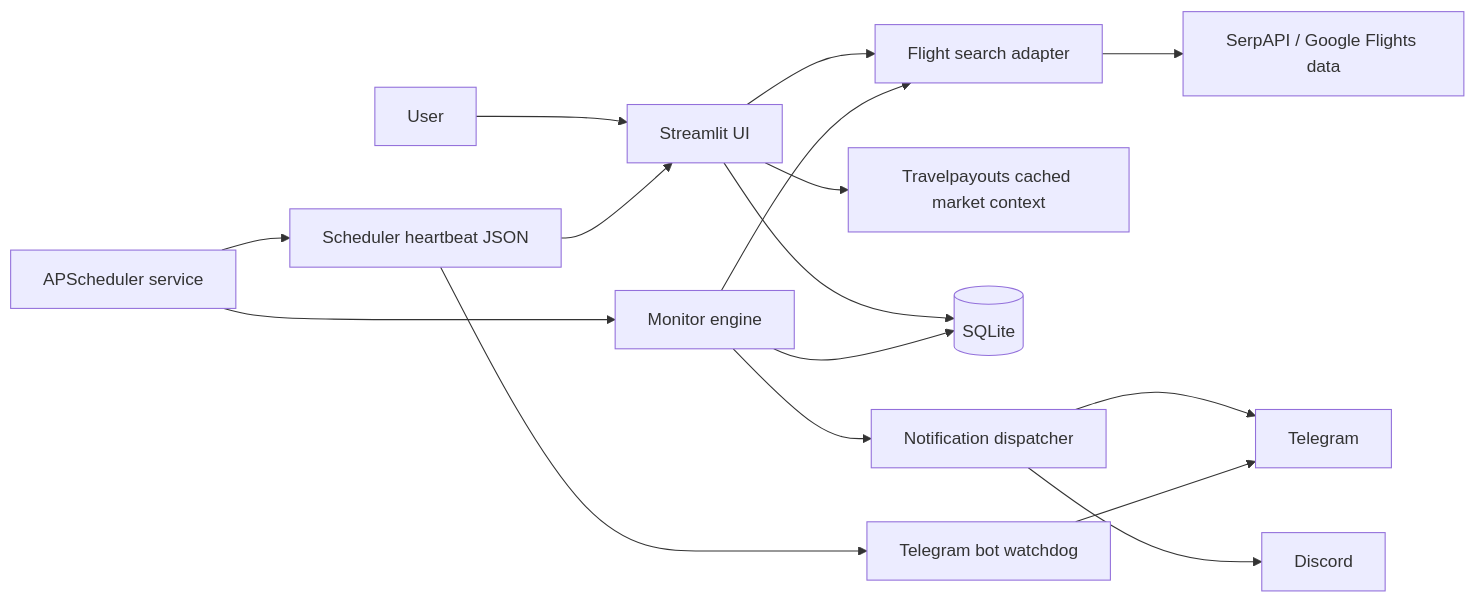
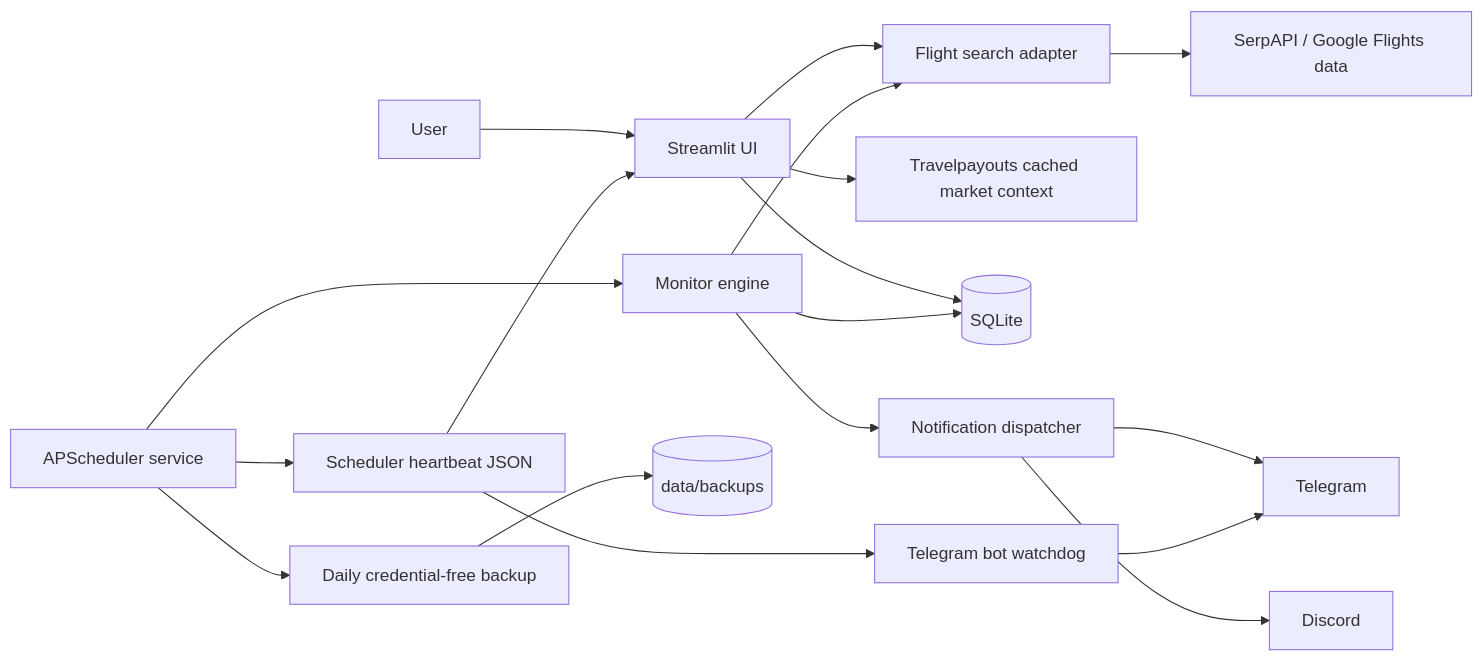
The diagram in docs/ARCHITECTURE.md (victor781205/skywatch-flight-monitor), drawn with Mermaid before and after one commit. The commit also changed other lines of this file and 49 other files, not shown here.

````diff
--- a/docs/ARCHITECTURE.md
+++ b/docs/ARCHITECTURE.md
@@ -6,18 +6,20 @@
 ```mermaid
 flowchart LR
   U[User] --> UI[Streamlit UI]
   UI --> API[Flight search adapter]
   S[APScheduler service] --> M[Monitor engine]
   M --> API
   API --> EXT[SerpAPI / Google Flights data]
   UI --> TP[Travelpayouts cached market context]
   UI --> DB[(SQLite)]
   M --> DB
   M --> N[Notification dispatcher]
   N --> TG[Telegram]
   N --> DC[Discord]
   S --> H[Scheduler heartbeat JSON]
+  S --> B[Daily credential-free backup]
+  B --> BD[(data/backups)]
   H --> W[Telegram bot watchdog]
   W --> TG
   H --> UI
 ```
````
